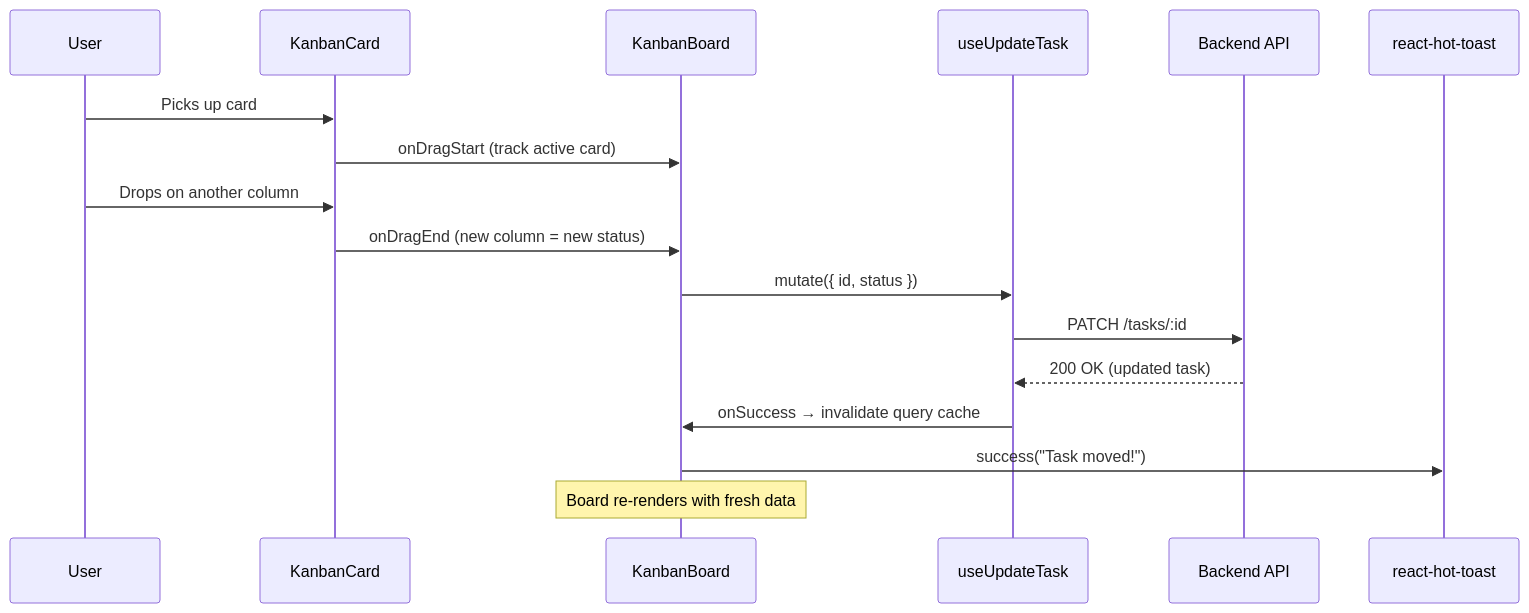
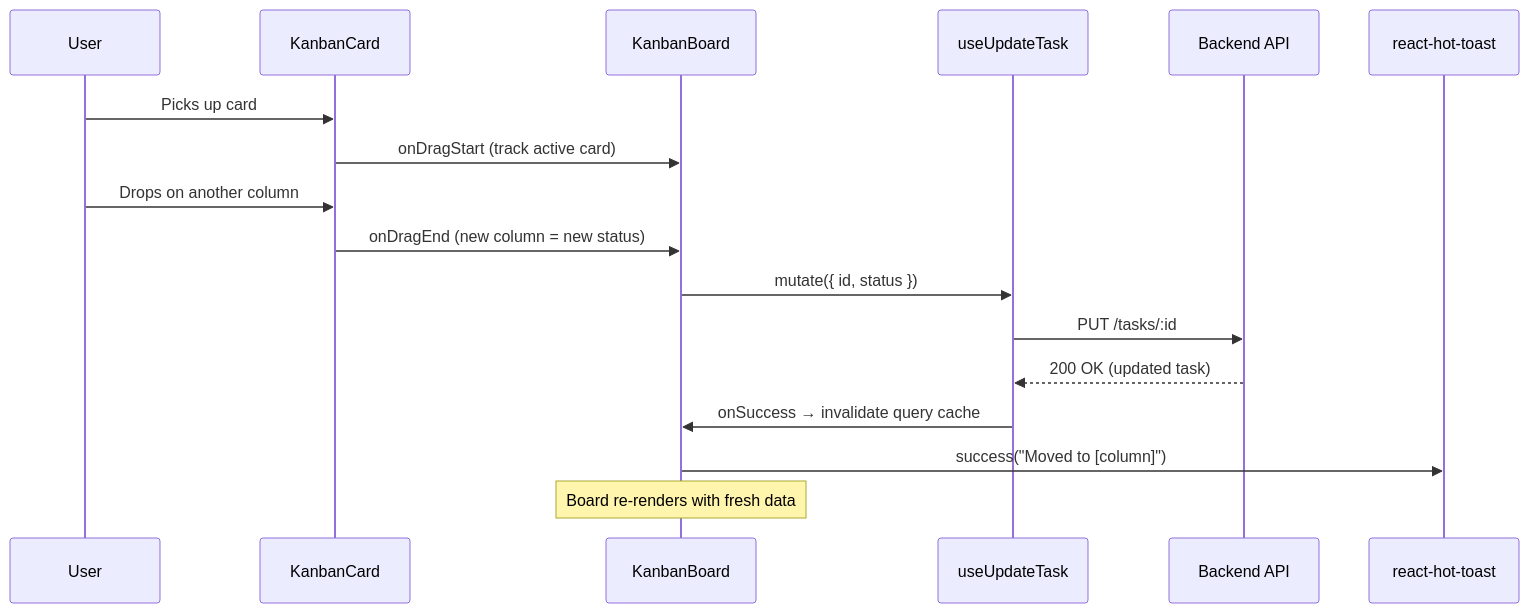
One commit to nurulizyansyaza/personal-task-tracker-frontend changed the second of 4 diagrams in README.md. Above: the diagram before and after it, drawn with Mermaid. The commit also changed other lines of this file and 1 other file, not shown here.

````diff
--- a/README.md
+++ b/README.md
@@ -115,20 +115,20 @@
 ```mermaid
 sequenceDiagram
  participant User
  participant Card as KanbanCard
  participant Board as KanbanBoard
  participant Hook as useUpdateTask
  participant API as Backend API
  participant Toast as react-hot-toast
 
  User->>Card: Picks up card
  Card->>Board: onDragStart (track active card)
  User->>Card: Drops on another column
  Card->>Board: onDragEnd (new column = new status)
  Board->>Hook: mutate({ id, status })
- Hook->>API: PATCH /tasks/:id
+ Hook->>API: PUT /tasks/:id
  API-->>Hook: 200 OK (updated task)
  Hook->>Board: onSuccess → invalidate query cache
- Board->>Toast: success("Task moved!")
+ Board->>Toast: success("Moved to [column]")
  Note over Board: Board re-renders with fresh data
 ```
````
